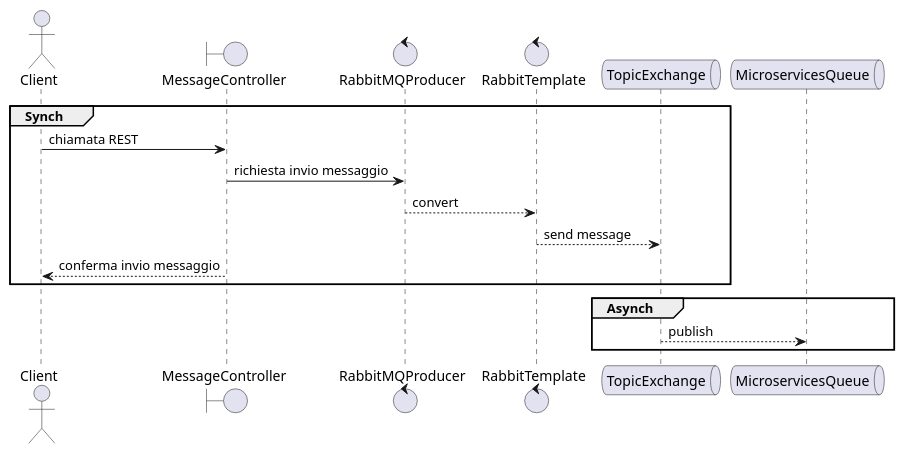
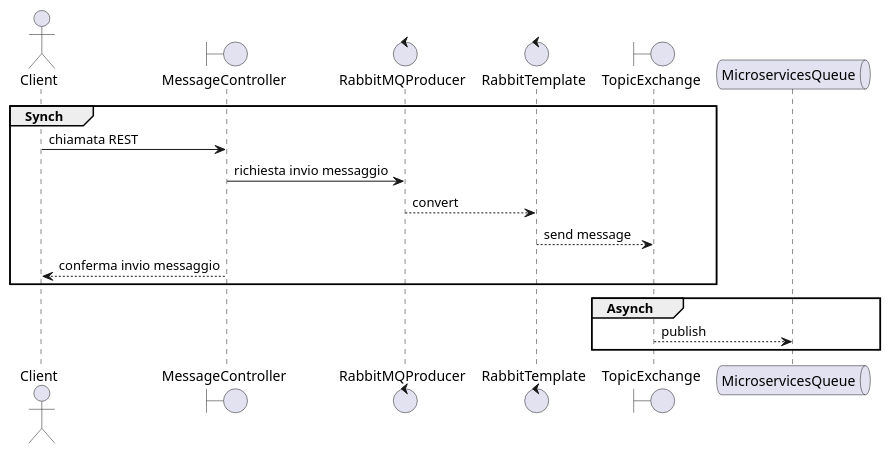
One commit to rossettmar/microservice changed the diagram in src/uml/ProducerSequence.puml. Above: the diagram before and after it, drawn with PlantUML. The commit also changed 2 other files, not shown here.

```diff
--- a/src/uml/ProducerSequence.puml
+++ b/src/uml/ProducerSequence.puml
@@ -1,21 +1,21 @@
 @startuml
 'https://plantuml.com/sequence-diagram
 
 actor      Client
 boundary   MessageController
 control    RabbitMQProducer
 control    RabbitTemplate
-queue      TopicExchange
+boundary      TopicExchange
 queue      MicroservicesQueue
 
 group Synch
     Client -> MessageController: chiamata REST
     MessageController -> RabbitMQProducer: richiesta invio messaggio
     RabbitMQProducer --> RabbitTemplate: convert
     RabbitTemplate --> TopicExchange: send message
     MessageController --> Client: conferma invio messaggio
 end
 group Asynch
     TopicExchange --> MicroservicesQueue: publish
 end
 @enduml
```
